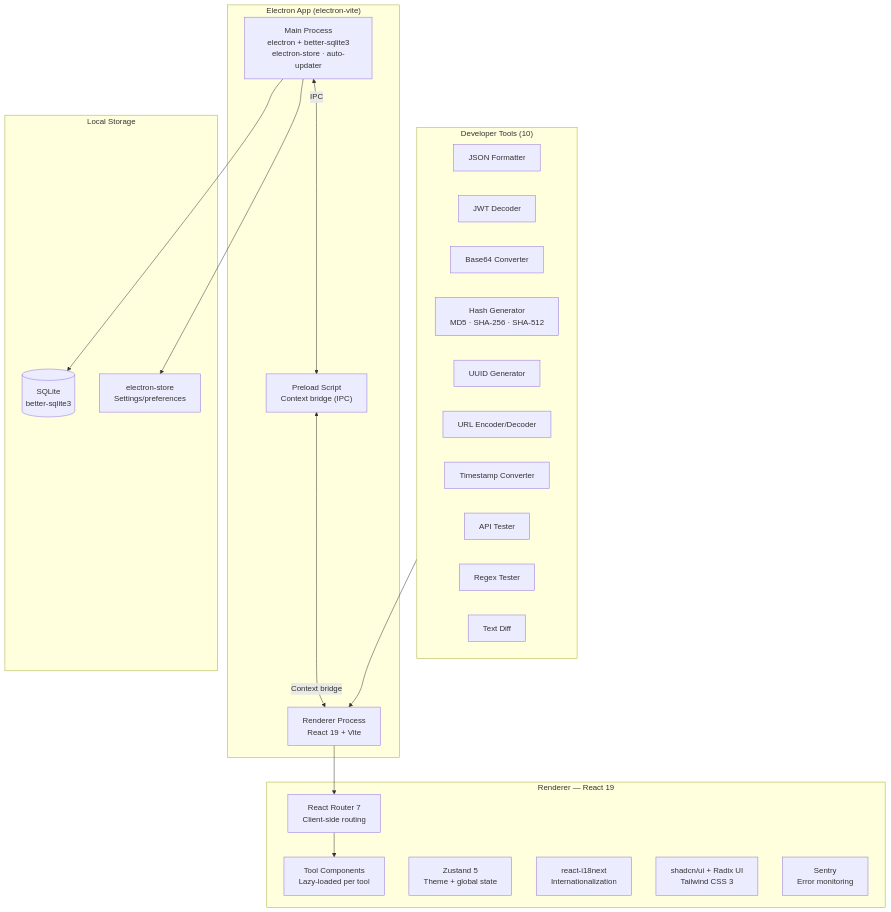
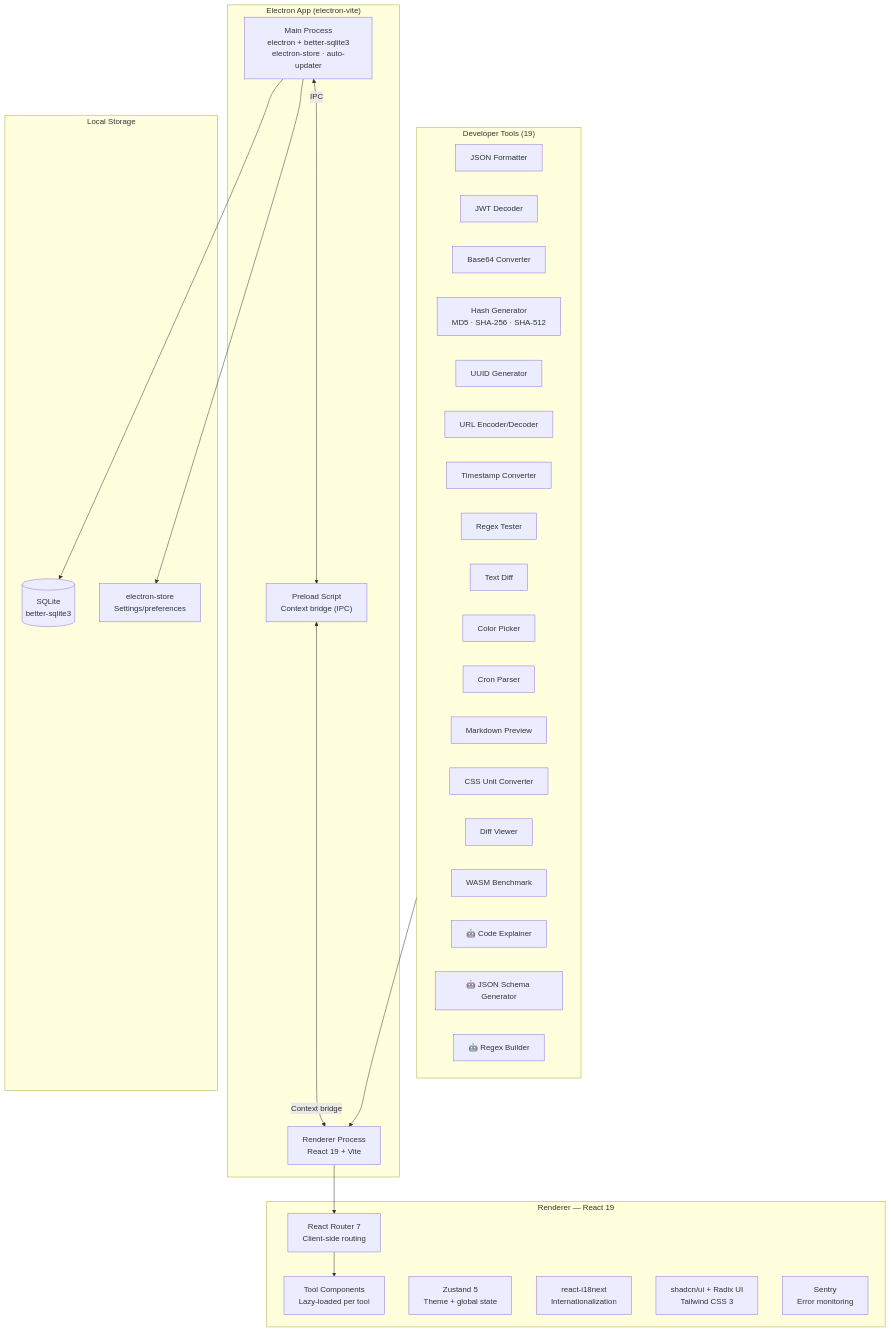
Before and after one commit to jellive/dev-utils-hub: the first of 3 diagrams in README.md, drawn with Mermaid. The commit also changed other lines of this file, not shown here.

First line of the commit message:
docs: group dev-utils-hub tools by category with AI provider info

````diff
--- a/README.md
+++ b/README.md
@@ -18,44 +18,52 @@
 ```mermaid
 graph TB
     subgraph App["Electron App (electron-vite)"]
         MAIN["Main Process<br/>electron + better-sqlite3<br/>electron-store · auto-updater"]
         PRELOAD["Preload Script<br/>Context bridge (IPC)"]
         RENDERER["Renderer Process<br/>React 19 + Vite"]
     end
 
     subgraph Renderer["Renderer — React 19"]
         ROUTER["React Router 7<br/>Client-side routing"]
         TOOLS["Tool Components<br/>Lazy-loaded per tool"]
         STATE["Zustand 5<br/>Theme + global state"]
         I18N["react-i18next<br/>Internationalization"]
         UI["shadcn/ui + Radix UI<br/>Tailwind CSS 3"]
         SENTRY["Sentry<br/>Error monitoring"]
     end
 
-    subgraph Tools["Developer Tools (10)"]
+    subgraph Tools["Developer Tools (19)"]
         JSON["JSON Formatter"]
         JWT["JWT Decoder"]
         B64["Base64 Converter"]
         HASH["Hash Generator<br/>MD5 · SHA-256 · SHA-512"]
         UUID["UUID Generator"]
         URL["URL Encoder/Decoder"]
         TS["Timestamp Converter"]
-        API["API Tester"]
         REGEX["Regex Tester"]
         DIFF["Text Diff"]
+        COLOR["Color Picker"]
+        CRON["Cron Parser"]
+        MD["Markdown Preview"]
+        CSS["CSS Unit Converter"]
+        DIFFV["Diff Viewer"]
+        WASM["WASM Benchmark"]
+        AICODE["🤖 Code Explainer"]
+        AIJSON["🤖 JSON Schema Generator"]
+        AIREGEX["🤖 Regex Builder"]
     end
 
     subgraph Storage["Local Storage"]
         SQLITE[("SQLite<br/>better-sqlite3")]
         ESTORE["electron-store<br/>Settings/preferences"]
     end
 
     MAIN <-->|IPC| PRELOAD
     PRELOAD <-->|Context bridge| RENDERER
     RENDERER --> ROUTER
     ROUTER --> TOOLS
     MAIN --> SQLITE
     MAIN --> ESTORE
 
     Tools --> RENDERER
 ```
````
